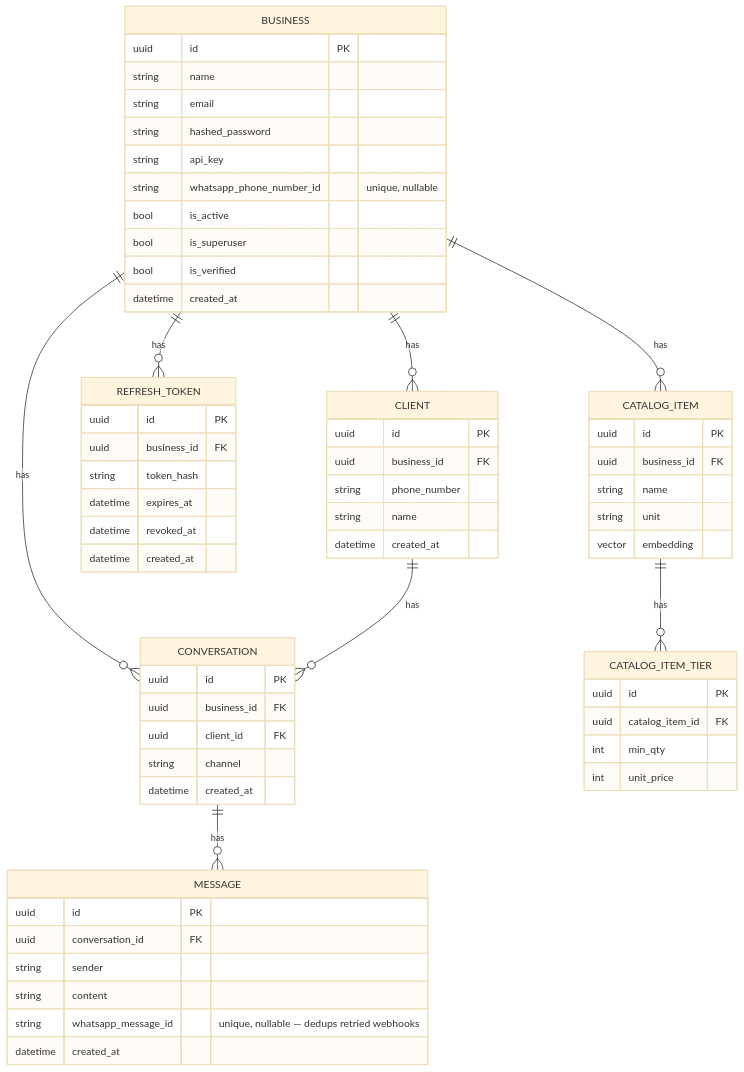
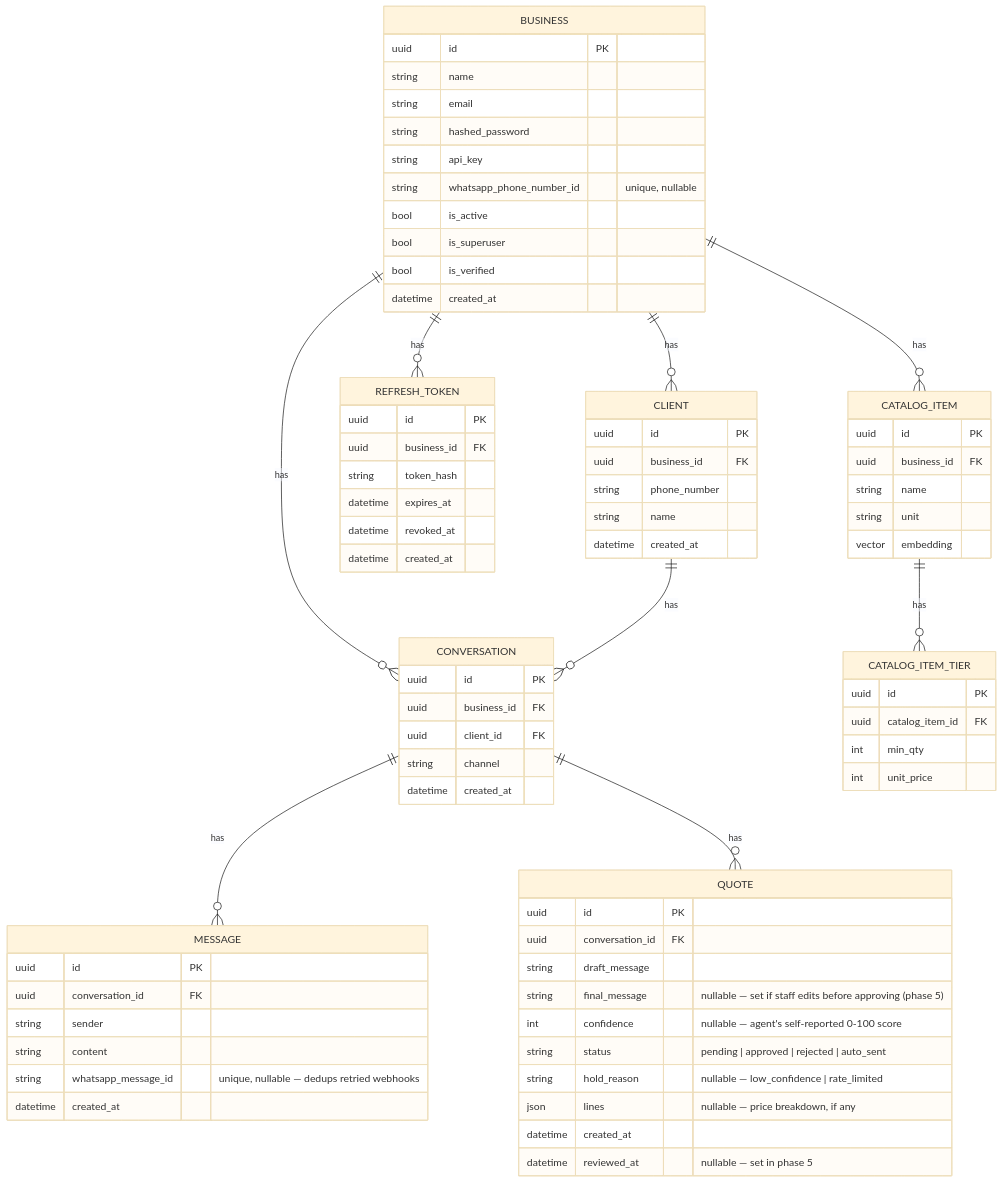
The first of 3 diagrams in docs/ARCHITECTURE.md (amineaiba/Quotify), drawn with Mermaid (base theme) before and after one commit. The commit also changed other lines of this file and 24 other files, not shown here.

Commit message:
Guardrails: confidence check + rate limiting before auto-send

````diff
--- a/docs/ARCHITECTURE.md
+++ b/docs/ARCHITECTURE.md
@@ -44,66 +46,79 @@
 ```mermaid
 erDiagram
     BUSINESS ||--o{ CLIENT : has
     BUSINESS ||--o{ REFRESH_TOKEN : has
     BUSINESS ||--o{ CONVERSATION : has
     BUSINESS ||--o{ CATALOG_ITEM : has
     CLIENT ||--o{ CONVERSATION : has
     CONVERSATION ||--o{ MESSAGE : has
+    CONVERSATION ||--o{ QUOTE : has
     CATALOG_ITEM ||--o{ CATALOG_ITEM_TIER : has
 
     BUSINESS {
         uuid id PK
         string name
         string email
         string hashed_password
         string api_key
         string whatsapp_phone_number_id "unique, nullable"
         bool is_active
         bool is_superuser
         bool is_verified
         datetime created_at
     }
     CLIENT {
         uuid id PK
         uuid business_id FK
         string phone_number
         string name
         datetime created_at
     }
     REFRESH_TOKEN {
         uuid id PK
         uuid business_id FK
         string token_hash
         datetime expires_at
         datetime revoked_at
         datetime created_at
     }
     CONVERSATION {
         uuid id PK
         uuid business_id FK
         uuid client_id FK
         string channel
         datetime created_at
     }
     MESSAGE {
         uuid id PK
         uuid conversation_id FK
         string sender
         string content
         string whatsapp_message_id "unique, nullable — dedups retried webhooks"
         datetime created_at
     }
     CATALOG_ITEM {
         uuid id PK
         uuid business_id FK
         string name
         string unit
         vector embedding
     }
     CATALOG_ITEM_TIER {
         uuid id PK
         uuid catalog_item_id FK
         int min_qty
         int unit_price
     }
+    QUOTE {
+        uuid id PK
+        uuid conversation_id FK
+        string draft_message
+        string final_message "nullable — set if staff edits before approving (phase 5)"
+        int confidence "nullable — agent's self-reported 0-100 score"
+        string status "pending | approved | rejected | auto_sent"
+        string hold_reason "nullable — low_confidence | rate_limited"
+        json lines "nullable — price breakdown, if any"
+        datetime created_at
+        datetime reviewed_at "nullable — set in phase 5"
+    }
 ```
````
